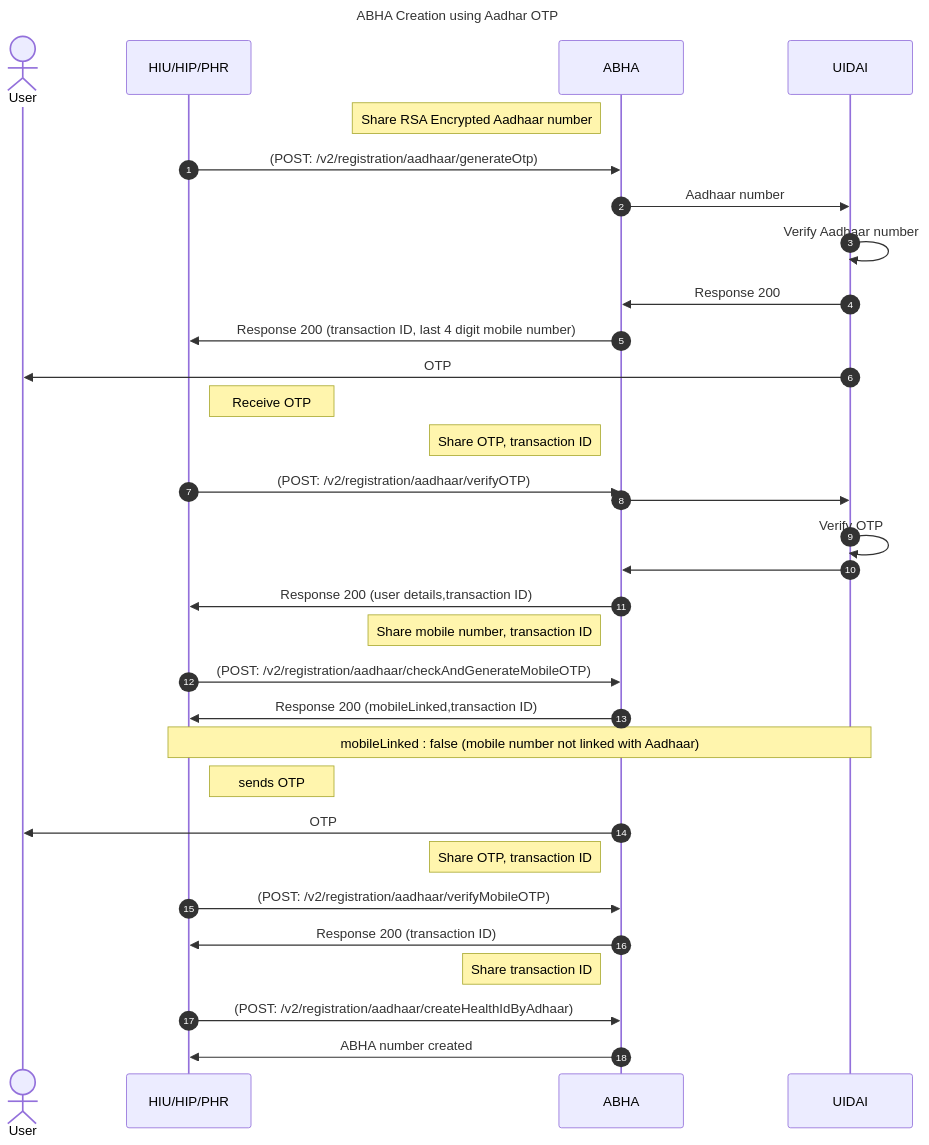
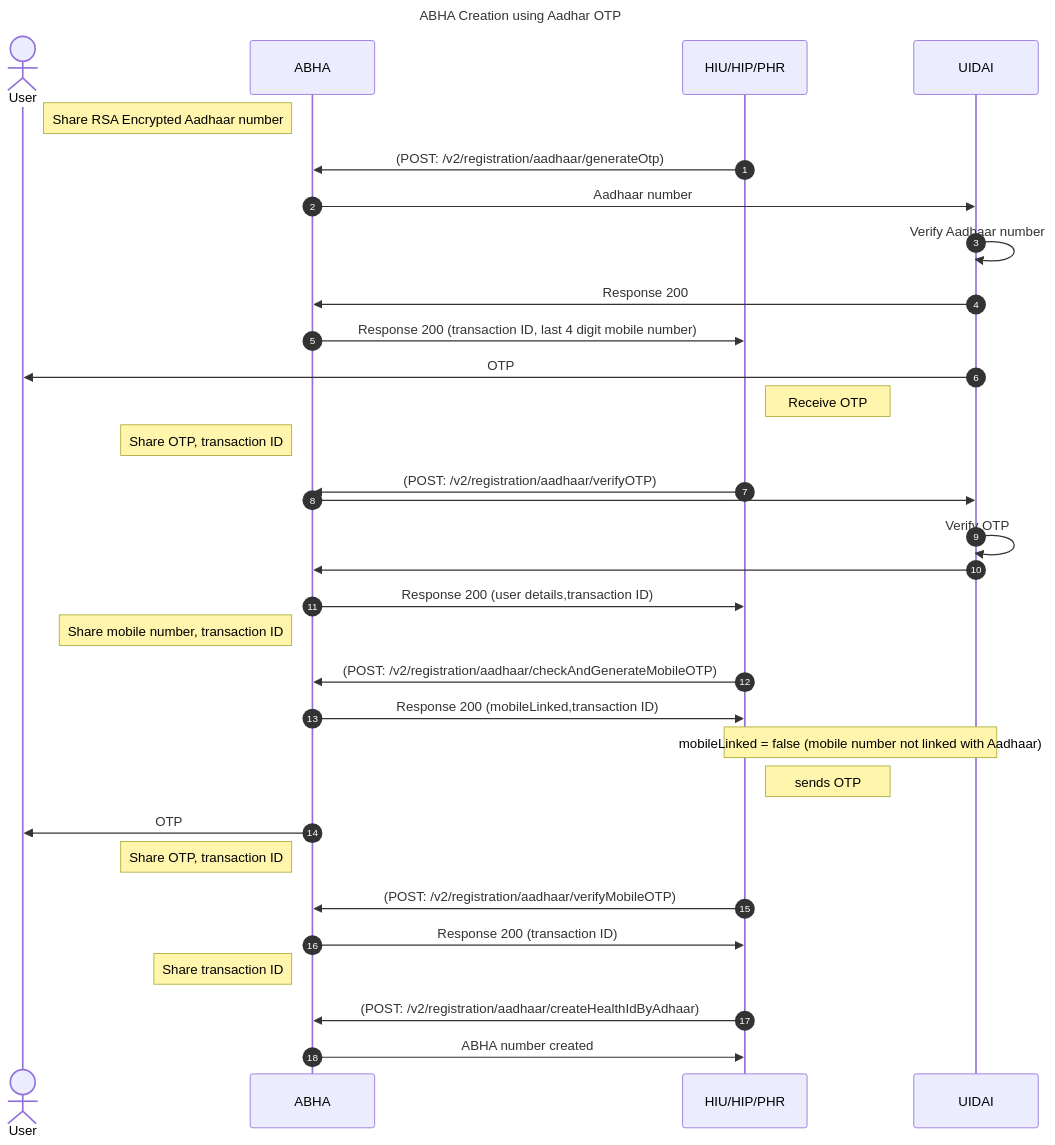
The second of 3 diagrams in content/2-milestone1/abha-number/aadhar-otp.md (kiranma72/abdm-docs), drawn with Mermaid before and after one commit. The commit also changed other lines of this file, not shown here.

```diff
--- a/content/2-milestone1/abha-number/aadhar-otp.md
+++ b/content/2-milestone1/abha-number/aadhar-otp.md
@@ -114,33 +113,32 @@
 {{< mermaid >}}
 %%{init:{"fontSize": "1.0rem", "sequence":{"showSequenceNumbers":true}}}%%
 sequenceDiagram
 title ABHA Creation using Aadhar OTP
 actor User
-participant HIU/HIP/PHR
 Note left of ABHA: Share RSA Encrypted Aadhaar number
 HIU/HIP/PHR->>ABHA: (POST: /v2/registration/aadhaar/generateOtp)
 ABHA->>UIDAI: Aadhaar number
 UIDAI->>UIDAI:Verify Aadhaar number
 UIDAI->>ABHA: Response 200
 ABHA->>HIU/HIP/PHR: Response 200 (transaction ID, last 4 digit mobile number)
 UIDAI->>User: OTP
 Note right of HIU/HIP/PHR:Receive OTP
 Note left of ABHA: Share OTP, transaction ID
 HIU/HIP/PHR->>ABHA: (POST: /v2/registration/aadhaar/verifyOTP)
 ABHA->>UIDAI: 
 UIDAI->>UIDAI:Verify OTP
 UIDAI->>ABHA: 
 ABHA->>HIU/HIP/PHR: Response 200 (user details,transaction ID)
 Note left of ABHA: Share mobile number, transaction ID
 HIU/HIP/PHR->>ABHA: (POST: /v2/registration/aadhaar/checkAndGenerateMobileOTP)
 ABHA->>HIU/HIP/PHR: Response 200 (mobileLinked,transaction ID)
-Note over HIU/HIP/PHR,UIDAI: mobileLinked : false (mobile number not linked with Aadhaar)
+Note over HIU/HIP/PHR,UIDAI: mobileLinked = false (mobile number not linked with Aadhaar)
 Note right of HIU/HIP/PHR: sends OTP
 ABHA->>User: OTP
 Note left of ABHA: Share OTP, transaction ID
 HIU/HIP/PHR->>ABHA: (POST: /v2/registration/aadhaar/verifyMobileOTP)
 ABHA->>HIU/HIP/PHR: Response 200 (transaction ID)
 Note left of ABHA: Share transaction ID
 HIU/HIP/PHR->>ABHA: (POST: /v2/registration/aadhaar/createHealthIdByAdhaar)
 ABHA->>HIU/HIP/PHR:  ABHA number created
 {{< /mermaid >}}
```
